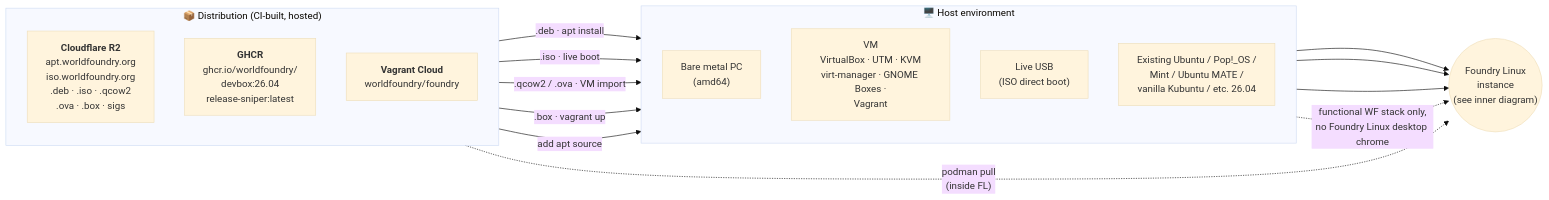
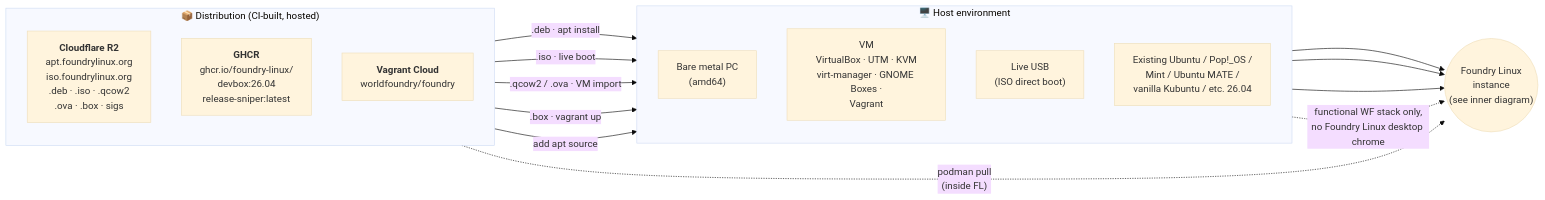
The first of 4 diagrams in docs/investigations/2026-05-16-foundry-linux-distro-proposal.md (foundry-linux/foundrylinux.org), drawn with Mermaid (base theme) before and after one commit. The commit also changed other lines of this file and 25 other files, not shown here.

First line of the commit message:
refactor: rename worldfoundry-* → foundry-linux-* throughout

````diff
--- a/docs/investigations/2026-05-16-foundry-linux-distro-proposal.md
+++ b/docs/investigations/2026-05-16-foundry-linux-distro-proposal.md
@@ -53,31 +53,31 @@
 ```mermaid
 flowchart LR
     subgraph DIST["📦 Distribution (CI-built, hosted)"]
         direction TB
-        R2["<b>Cloudflare R2</b><br/>apt.worldfoundry.org<br/>iso.worldfoundry.org<br/>.deb · .iso · .qcow2<br/>.ova · .box · sigs"]
-        GHCR["<b>GHCR</b><br/>ghcr.io/worldfoundry/<br/>devbox:26.04<br/>release-sniper:latest"]
+        R2["<b>Cloudflare R2</b><br/>apt.foundrylinux.org<br/>iso.foundrylinux.org<br/>.deb · .iso · .qcow2<br/>.ova · .box · sigs"]
+        GHCR["<b>GHCR</b><br/>ghcr.io/foundry-linux/<br/>devbox:26.04<br/>release-sniper:latest"]
         VC["<b>Vagrant Cloud</b><br/>worldfoundry/foundry"]
     end
 
     subgraph HOST["🖥️ Host environment"]
         direction TB
         BARE["Bare metal PC<br/>(amd64)"]
         VM["VM<br/>VirtualBox · UTM · KVM<br/>virt-manager · GNOME Boxes ·<br/>Vagrant"]
         LIVE["Live USB<br/>(ISO direct boot)"]
         EXISTING["Existing Ubuntu / Pop!_OS /<br/>Mint / Ubuntu MATE /<br/>vanilla Kubuntu / etc. 26.04"]
     end
 
     FL(("Foundry Linux<br/>instance<br/>(see inner diagram)"))
 
     R2 -->|".deb · apt install"| BARE
     R2 -->|".iso · live boot"| LIVE
     R2 -->|".qcow2 / .ova · VM import"| VM
     VC -->|".box · vagrant up"| VM
     R2 -->|"add apt source"| EXISTING
 
     BARE --> FL
     VM --> FL
     LIVE --> FL
     EXISTING -.->|"functional WF stack only,<br/>no Foundry Linux desktop chrome"| FL
     GHCR -.->|"podman pull<br/>(inside FL)"| FL
 ```
````
